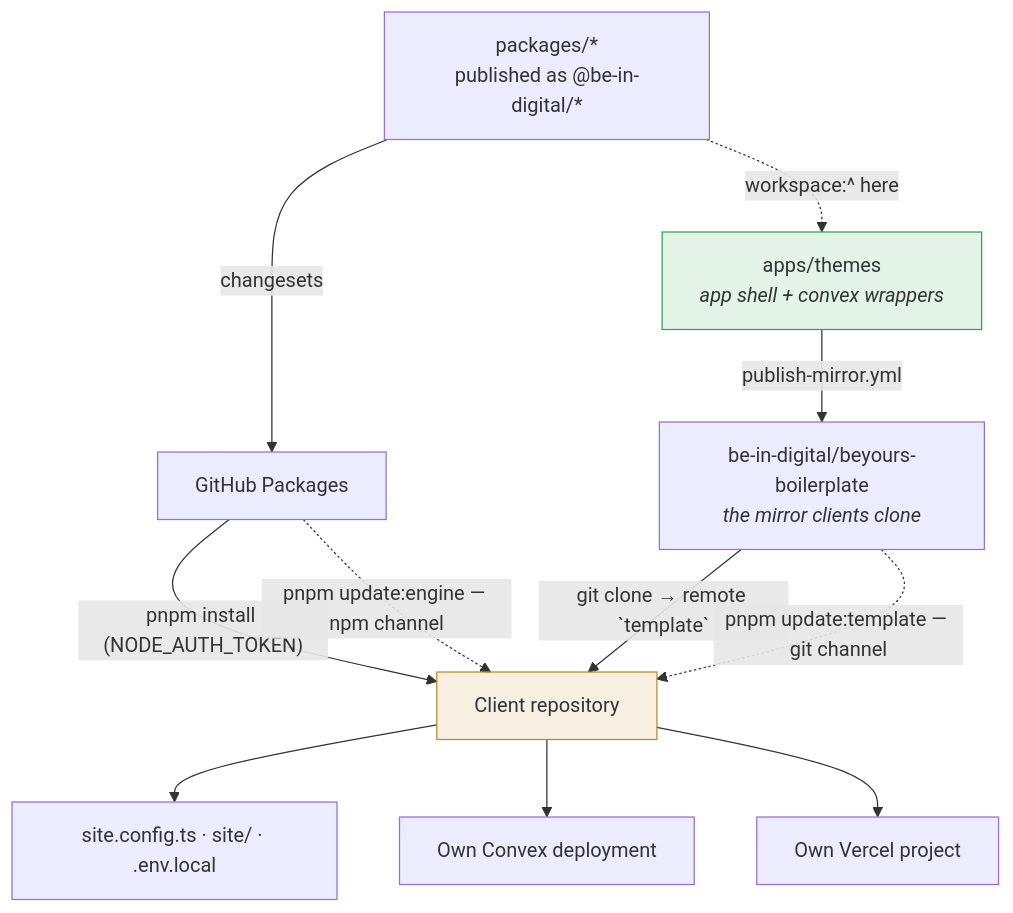
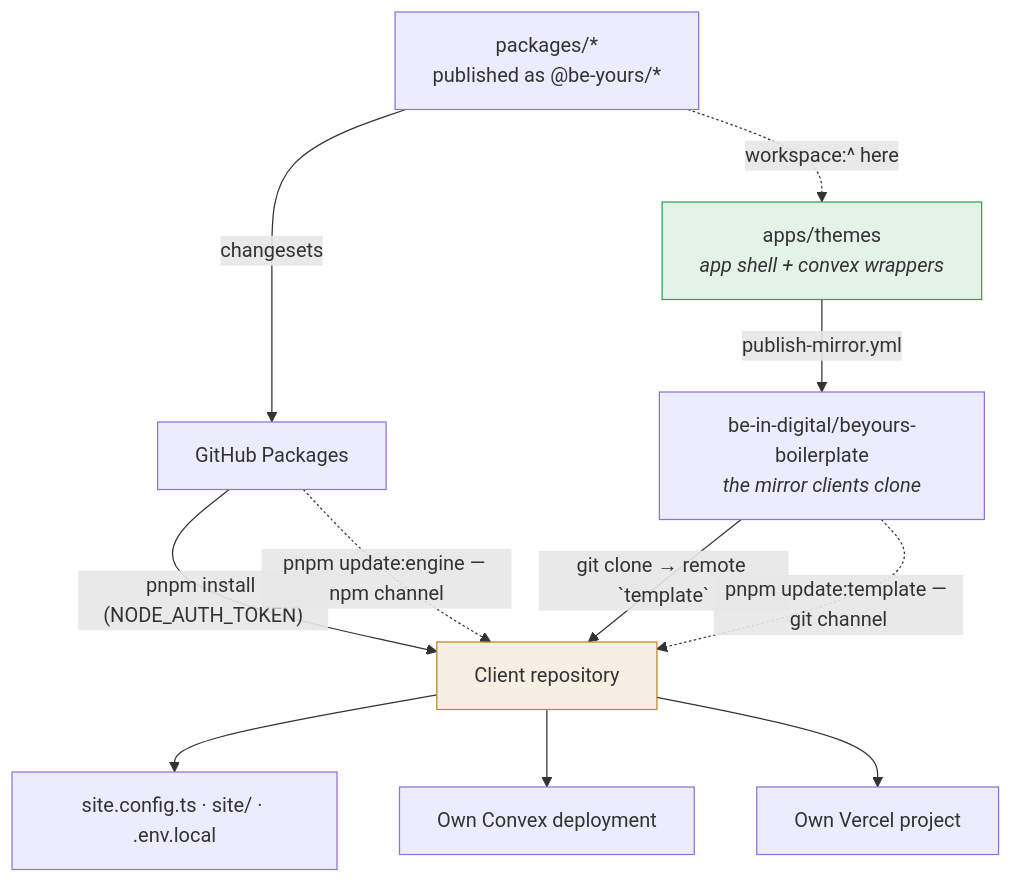
Before and after one commit to be-in-digital/beyours: the diagram in apps/themes/README.md, drawn with Mermaid. The commit also changed other lines of this file and 1131 other files, not shown here.

````diff
--- a/apps/themes/README.md
+++ b/apps/themes/README.md
@@ -12,19 +12,19 @@
 ```mermaid
 flowchart TB
-    P["packages/*<br/>published as @be-in-digital/*"] -->|changesets| REG["GitHub Packages"]
+    P["packages/*<br/>published as @be-yours/*"] -->|changesets| REG["GitHub Packages"]
     T["apps/themes<br/><i>app shell + convex wrappers</i>"] -->|publish-mirror.yml| MIR["be-in-digital/beyours-boilerplate<br/><i>the mirror clients clone</i>"]
     P -.->|"workspace:^ here"| T
 
     MIR -->|"git clone → remote `template`"| C["Client repository"]
     REG -->|"pnpm install (NODE_AUTH_TOKEN)"| C
 
     C --> CFG["site.config.ts · site/ · .env.local"]
     C --> CVX["Own Convex deployment"]
     C --> VER["Own Vercel project"]
 
     MIR -.->|"pnpm update:template — git channel"| C
     REG -.->|"pnpm update:engine — npm channel"| C
 
     style T fill:#2da44e22,stroke:#2da44e
     style C fill:#bf872622,stroke:#bf8726
 ```
````
